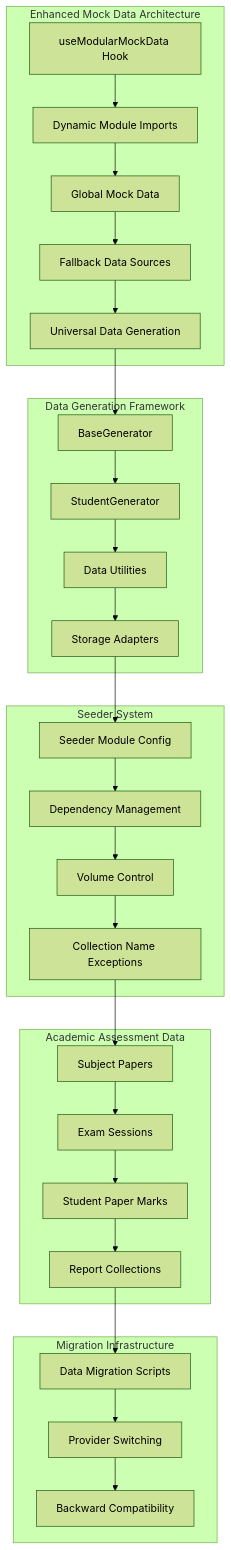
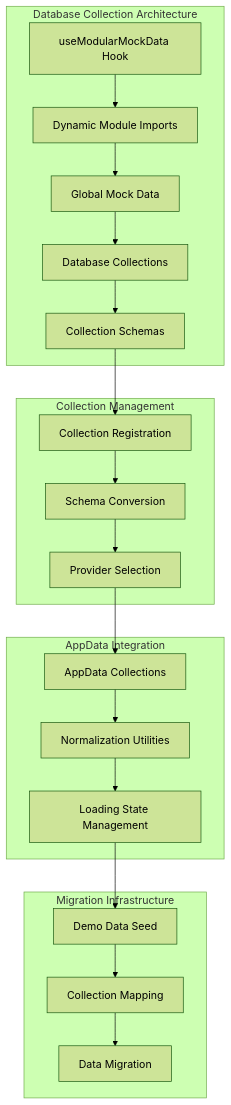
One commit to geniusdynamics/schoolpilot changed the first of 6 diagrams in .qoder/repowiki/en/content/Mock Data Dev Guide.md. Above: the diagram before and after it, drawn with Mermaid (forest theme). The commit also changed other lines of this file and 311 other files, not shown here.

````diff
--- a/.qoder/repowiki/en/content/Mock Data Dev Guide.md
+++ b/.qoder/repowiki/en/content/Mock Data Dev Guide.md
@@ -59,52 +57,38 @@
 ```mermaid
 graph TB
-subgraph "Enhanced Mock Data Architecture"
+subgraph "Database Collection Architecture"
 A["useModularMockData Hook"]
 B["Dynamic Module Imports"]
 C["Global Mock Data"]
-D["Fallback Data Sources"]
-E["Universal Data Generation"]
+D["Database Collections"]
+E["Collection Schemas"]
 end
-subgraph "Data Generation Framework"
-F["BaseGenerator"]
-G["StudentGenerator"]
-H["Data Utilities"]
-I["Storage Adapters"]
+subgraph "Collection Management"
+F["Collection Registration"]
+G["Schema Conversion"]
+H["Provider Selection"]
 end
-subgraph "Seeder System"
-J["Seeder Module Config"]
-K["Dependency Management"]
-L["Volume Control"]
-M["Collection Name Exceptions"]
-end
-subgraph "Academic Assessment Data"
-N["Subject Papers"]
-O["Exam Sessions"]
-P["Student Paper Marks"]
-Q["Report Collections"]
+subgraph "AppData Integration"
+I["AppData Collections"]
+J["Normalization Utilities"]
+K["Loading State Management"]
 end
 subgraph "Migration Infrastructure"
-R["Data Migration Scripts"]
-S["Provider Switching"]
-T["Backward Compatibility"]
+L["Demo Data Seed"]
+M["Collection Mapping"]
+N["Data Migration"]
 end
 A --> B
 B --> C
 C --> D
 D --> E
 E --> F
 F --> G
 G --> H
 H --> I
 I --> J
 J --> K
 K --> L
 L --> M
 M --> N
-N --> O
-O --> P
-P --> Q
-Q --> R
-R --> S
-S --> T
 ```
````
